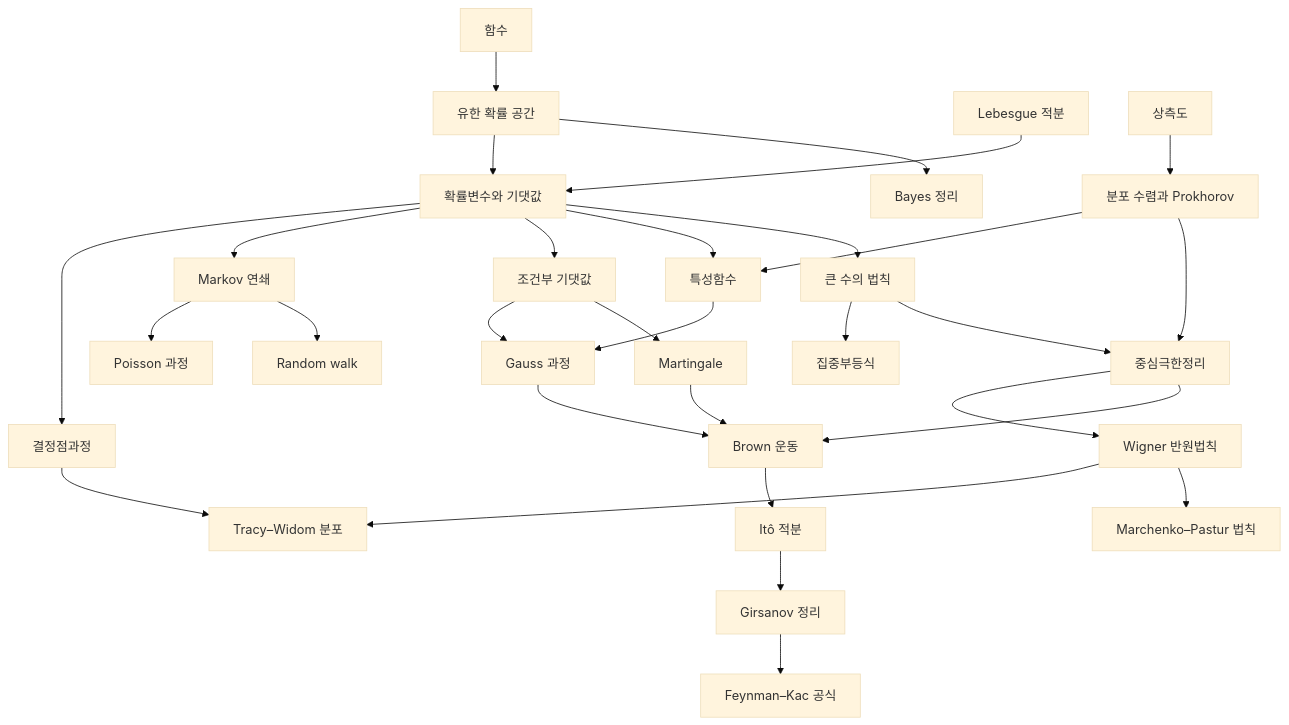
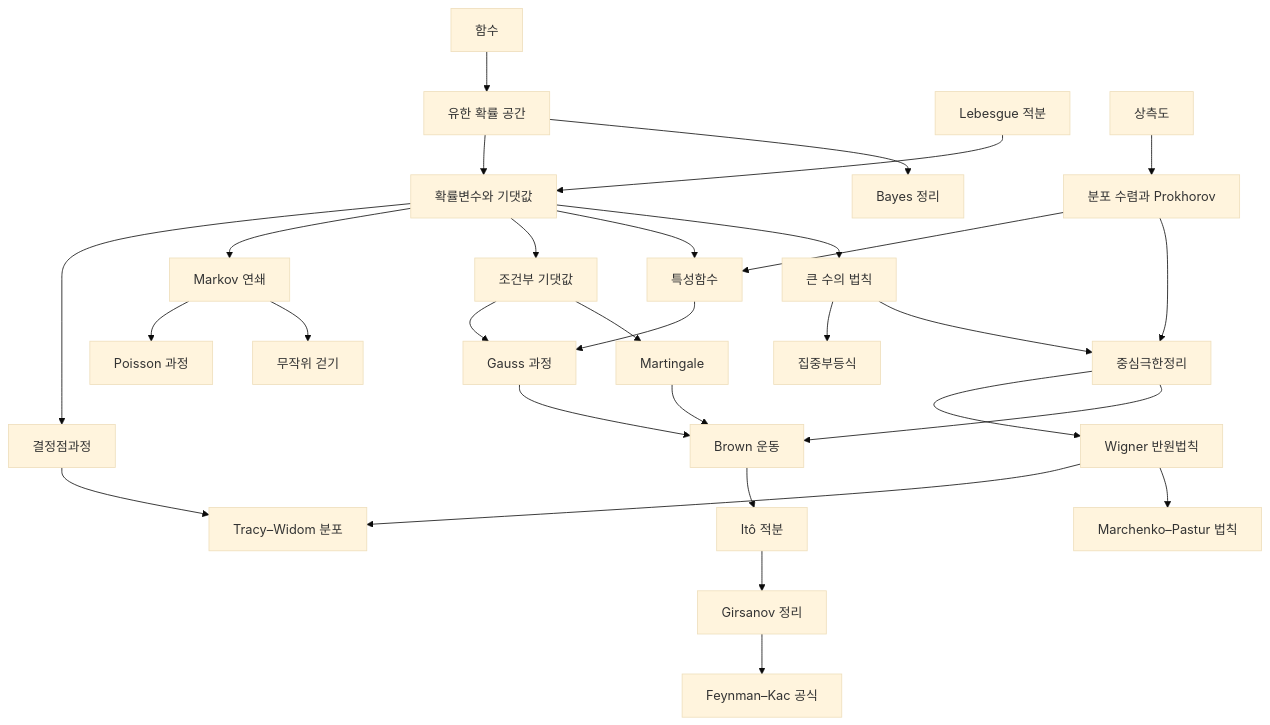
One commit to Phryxia/math-map changed the diagram in docs/probability-overview.md. Above: the diagram before and after it, drawn with Mermaid (base theme). The commit also changed other lines of this file and 15 other files, not shown here.

First line of the commit message:
settle on 무작위 걷기 for random walk and narrow the random-walks title

````diff
--- a/docs/probability-overview.md
+++ b/docs/probability-overview.md
@@ -13,32 +13,32 @@
 ```mermaid
 graph TD
   FN["함수"] --> PR["유한 확률 공간"]
   PR --> BY["Bayes 정리"]
   PR --> RV["확률변수와 기댓값"]
   LI["Lebesgue 적분"] --> RV
   PM["상측도"] --> WC["분포 수렴과 Prokhorov"]
   RV --> LLN["큰 수의 법칙"]
   LLN --> CLT["중심극한정리"]
   WC --> CLT
   WC --> CF["특성함수"]
   RV --> CF
   LLN --> CI["집중부등식"]
   RV --> CE["조건부 기댓값"]
   CE --> MG["Martingale"]
   RV --> MC["Markov 연쇄"]
-  MC --> RW["Random walk"]
+  MC --> RW["무작위 걷기"]
   MC --> PP["Poisson 과정"]
   MG --> BM["Brown 운동"]
   CLT --> BM
   BM --> IT["Itô 적분"]
   IT --> GS["Girsanov 정리"]
   GS --> FK["Feynman–Kac 공식"]
   CLT --> WS["Wigner 반원법칙"]
   WS --> MP["Marchenko–Pastur 법칙"]
   WS --> TW["Tracy–Widom 분포"]
   RV --> DPP["결정점과정"]
   DPP --> TW
   CF --> GP["Gauss 과정"]
   CE --> GP
   GP --> BM
 ```
````
